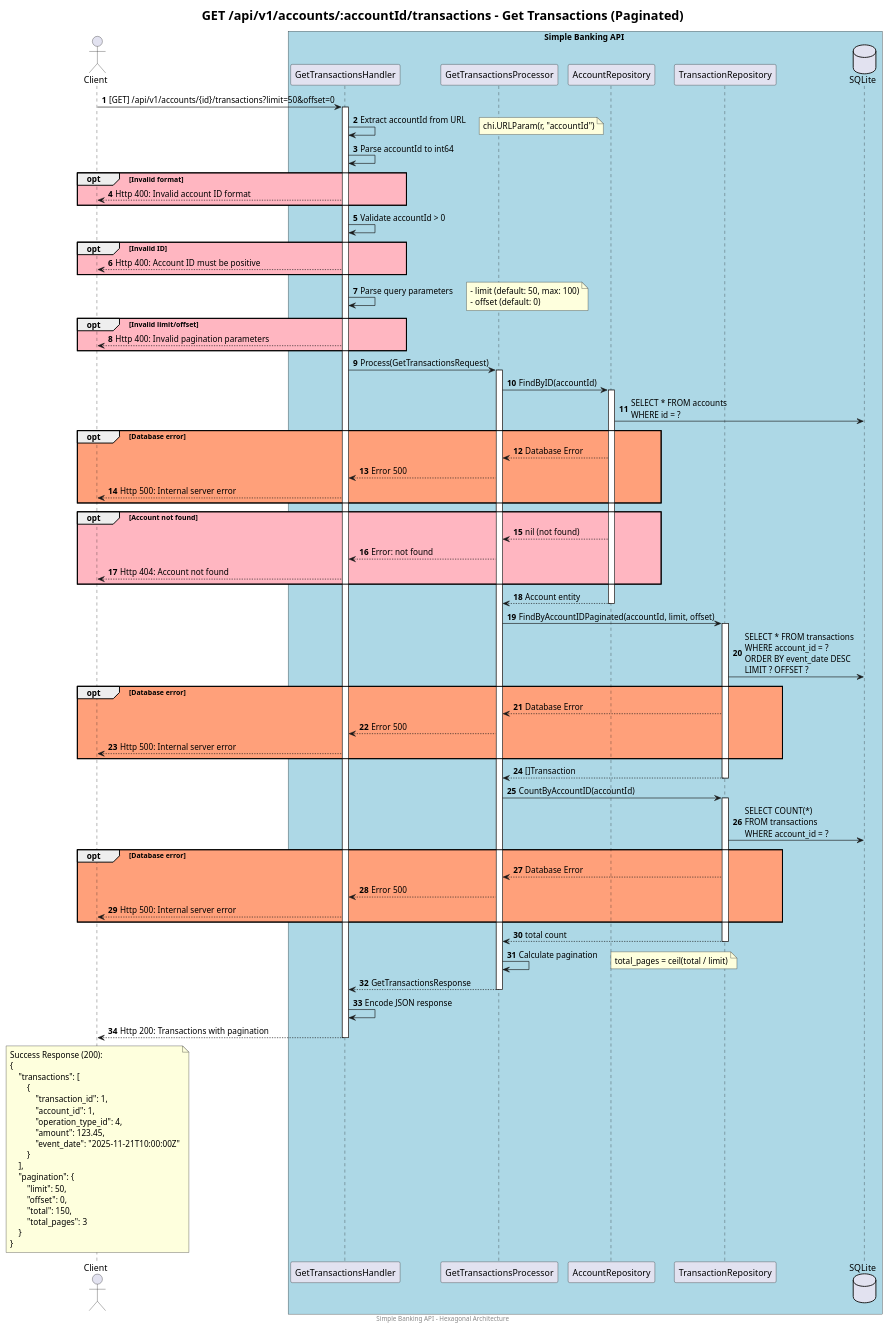
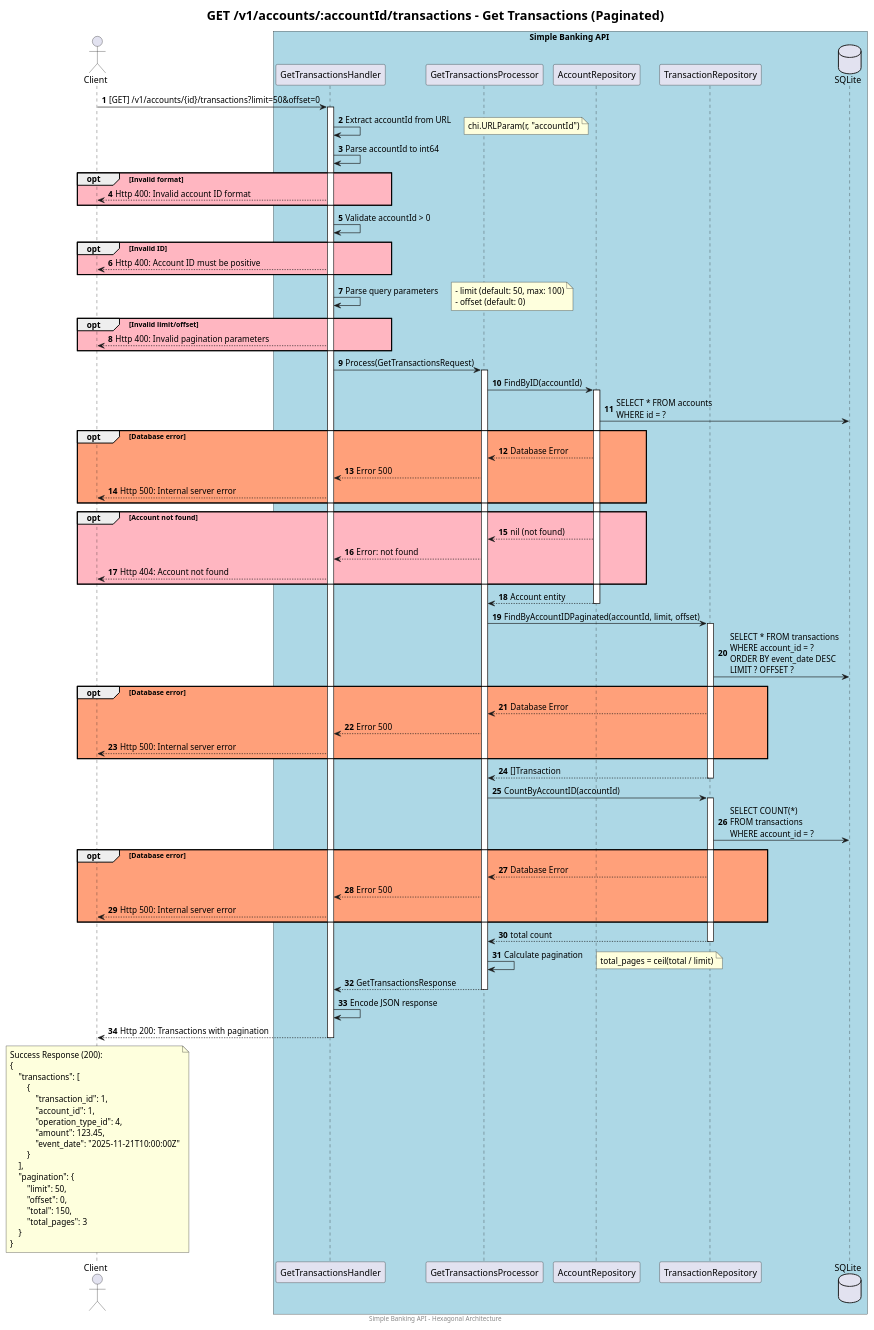
Before and after one commit to larissamartinsss/simple-banking-api: the diagram in docs/sequence-diagrams/endpoint-get-transactions.puml, drawn with PlantUML. The commit also changed 12 other files, not shown here.

```diff
--- a/docs/sequence-diagrams/endpoint-get-transactions.puml
+++ b/docs/sequence-diagrams/endpoint-get-transactions.puml
@@ -1,125 +1,125 @@
 @startuml Get Transactions Endpoint Flow
 footer Simple Banking API - Hexagonal Architecture
-title <size:20>GET /api/v1/accounts/:accountId/transactions - Get Transactions (Paginated)</size>
+title <size:20>GET /v1/accounts/:accountId/transactions - Get Transactions (Paginated)</size>
 
 autonumber
 
 actor Client
 
 box Simple Banking API #lightblue
     participant "GetTransactionsHandler" as Handler
     participant "GetTransactionsProcessor" as Processor
     participant "AccountRepository" as AccRepo
     participant "TransactionRepository" as TxRepo
     database SQLite
 end box
 
-Client -> Handler: [GET] /api/v1/accounts/{id}/transactions?limit=50&offset=0
+Client -> Handler: [GET] /v1/accounts/{id}/transactions?limit=50&offset=0
 
 activate Handler
 
     Handler -> Handler: Extract accountId from URL
     note right: chi.URLParam(r, "accountId")
     
     Handler -> Handler: Parse accountId to int64
     opt #LightPink Invalid format
         Client <-- Handler: Http 400: Invalid account ID format
     end
 
     Handler -> Handler: Validate accountId > 0
     opt #LightPink Invalid ID
         Client <-- Handler: Http 400: Account ID must be positive
     end
 
     Handler -> Handler: Parse query parameters
     note right
         - limit (default: 50, max: 100)
         - offset (default: 0)
     end note
     
     opt #LightPink Invalid limit/offset
         Client <-- Handler: Http 400: Invalid pagination parameters
     end
 
     Handler -> Processor: Process(GetTransactionsRequest)
     activate Processor
 
         Processor -> AccRepo: FindByID(accountId)
         activate AccRepo
             AccRepo -> SQLite: SELECT * FROM accounts\nWHERE id = ?
             
             opt #LightSalmon Database error
                 Processor <-- AccRepo: Database Error
                 Handler <-- Processor: Error 500
                 Client <-- Handler: Http 500: Internal server error
             end
             
             opt #LightPink Account not found
                 Processor <-- AccRepo: nil (not found)
                 Handler <-- Processor: Error: not found
                 Client <-- Handler: Http 404: Account not found
             end
             
             Processor <-- AccRepo: Account entity
         deactivate AccRepo
 
         Processor -> TxRepo: FindByAccountIDPaginated(accountId, limit, offset)
         activate TxRepo
             TxRepo -> SQLite: SELECT * FROM transactions\nWHERE account_id = ?\nORDER BY event_date DESC\nLIMIT ? OFFSET ?
             
             opt #LightSalmon Database error
                 Processor <-- TxRepo: Database Error
                 Handler <-- Processor: Error 500
                 Client <-- Handler: Http 500: Internal server error
             end
             
             Processor <-- TxRepo: []Transaction
         deactivate TxRepo
 
         Processor -> TxRepo: CountByAccountID(accountId)
         activate TxRepo
             TxRepo -> SQLite: SELECT COUNT(*)\nFROM transactions\nWHERE account_id = ?
             
             opt #LightSalmon Database error
                 Processor <-- TxRepo: Database Error
                 Handler <-- Processor: Error 500
                 Client <-- Handler: Http 500: Internal server error
             end
             
             Processor <-- TxRepo: total count
         deactivate TxRepo
 
         Processor -> Processor: Calculate pagination
         note right: total_pages = ceil(total / limit)
 
         Handler <-- Processor: GetTransactionsResponse
     deactivate Processor
 
     Handler -> Handler: Encode JSON response
 
     Client <-- Handler: Http 200: Transactions with pagination
 
 deactivate Handler
 
 note over Client
     Success Response (200):
     {
         "transactions": [
             {
                 "transaction_id": 1,
                 "account_id": 1,
                 "operation_type_id": 4,
                 "amount": 123.45,
                 "event_date": "2025-11-21T10:00:00Z"
             }
         ],
         "pagination": {
             "limit": 50,
             "offset": 0,
             "total": 150,
             "total_pages": 3
         }
     }
 end note
 
 @enduml
```
